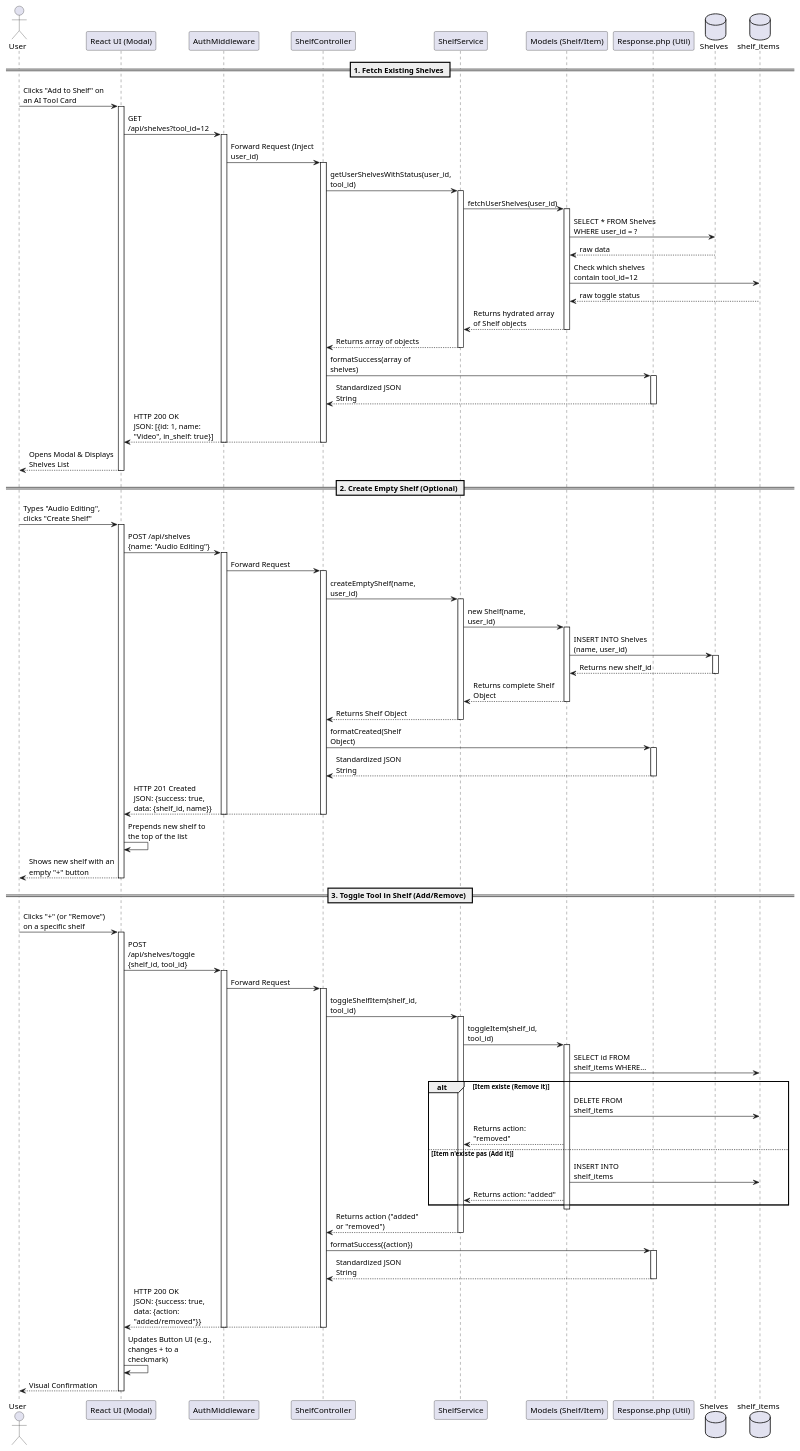
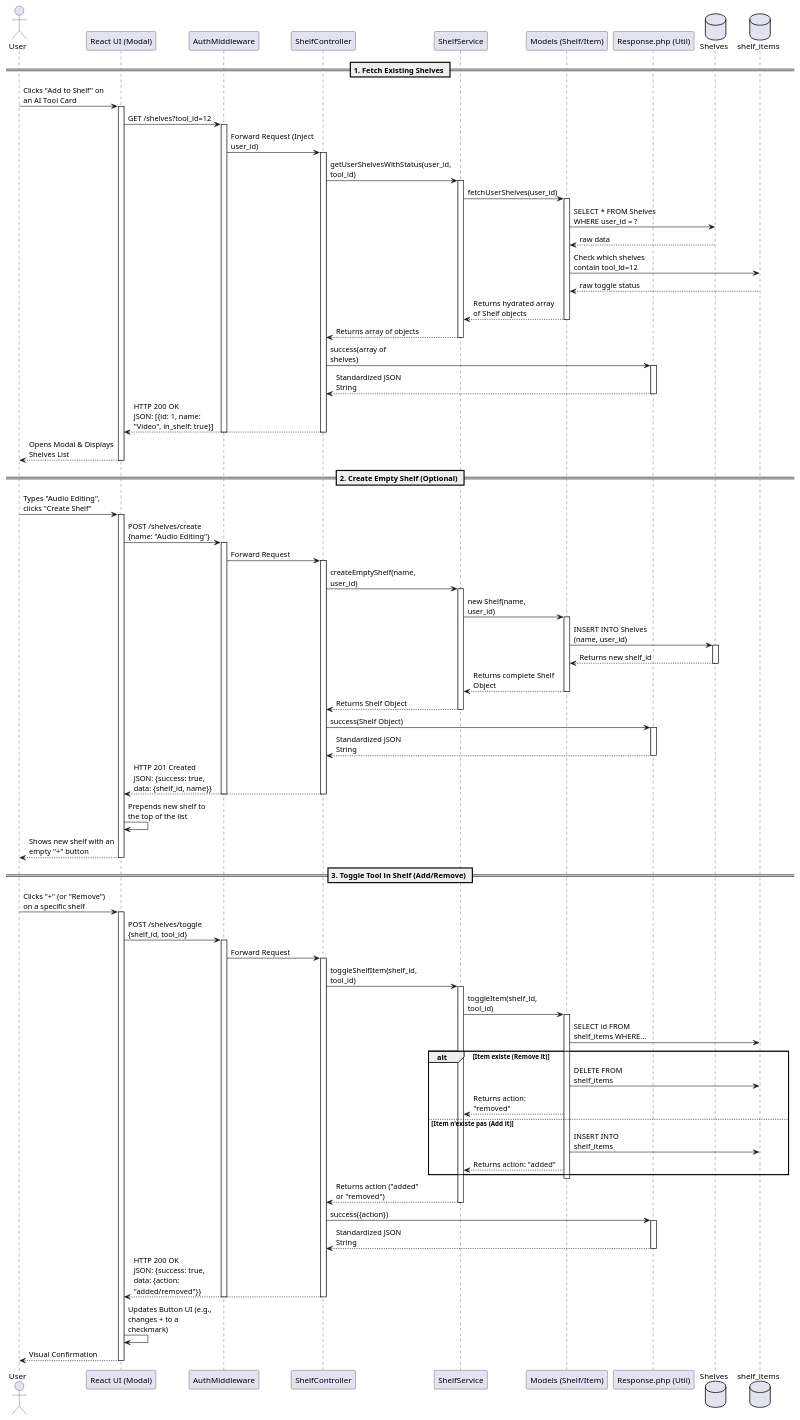
The diagram in docs/sequence/shelves.wsd (dss47/Penguins), drawn with PlantUML before and after one commit. The commit also changed 11 other files, not shown here.

Commit message:
sequence edit

```diff
--- a/docs/sequence/shelves.wsd
+++ b/docs/sequence/shelves.wsd
@@ -1,145 +1,145 @@
 @startuml quick_manage_modal
 skinparam maxMessageSize 150
 
 
 actor "User" as user
 participant "React UI (Modal)" as react
 participant "AuthMiddleware" as auth
 participant "ShelfController" as controller
 participant "ShelfService" as service
 
 
 participant "Models (Shelf/Item)" as model
 participant "Response.php (Util)" as res
 
 database "Shelves" as shelves
 database "shelf_items" as shelf_items
 
 
 == 1. Fetch Existing Shelves ==
 
 user -> react : Clicks "Add to Shelf" on an AI Tool Card
 activate react
-  react -> auth : GET /api/shelves?tool_id=12
+  react -> auth : GET /shelves?tool_id=12
   activate auth
     auth -> controller : Forward Request (Inject user_id)
     activate controller
       
       controller -> service : getUserShelvesWithStatus(user_id, tool_id)
       activate service
       
 
         service -> model : fetchUserShelves(user_id)
         activate model
           model -> shelves : SELECT * FROM Shelves WHERE user_id = ?
           shelves --> model : raw data
           
           model -> shelf_items : Check which shelves contain tool_id=12
           shelf_items --> model : raw toggle status
           
           model --> service : Returns hydrated array of Shelf objects
         deactivate model
         
         service --> controller : Returns array of objects
       deactivate service
       
 
-      controller -> res : formatSuccess(array of shelves)
+      controller -> res : success(array of shelves)
       activate res
         res --> controller : Standardized JSON String
       deactivate res
       
       controller --> react : HTTP 200 OK\nJSON: [{id: 1, name: "Video", in_shelf: true}]
     deactivate controller
   deactivate auth
   
   react --> user : Opens Modal & Displays Shelves List
 deactivate react
 
 
 == 2. Create Empty Shelf (Optional) ==
 
 user -> react : Types "Audio Editing", clicks "Create Shelf"
 activate react
   
-  react -> auth : POST /api/shelves\n{name: "Audio Editing"}
+  react -> auth : POST /shelves/create\n{name: "Audio Editing"}
   activate auth
     auth -> controller : Forward Request
     activate controller
       
       controller -> service : createEmptyShelf(name, user_id)
       activate service
       
 
         service -> model : new Shelf(name, user_id)
         activate model
           model -> shelves : INSERT INTO Shelves (name, user_id)
           activate shelves
             shelves --> model : Returns new shelf_id
           deactivate shelves
           model --> service : Returns complete Shelf Object
         deactivate model
         
         service --> controller : Returns Shelf Object
       deactivate service
       
 
-      controller -> res : formatCreated(Shelf Object)
+      controller -> res : success(Shelf Object)
       activate res
         res --> controller : Standardized JSON String
       deactivate res
       
       controller --> react : HTTP 201 Created\nJSON: {success: true, data: {shelf_id, name}}
     deactivate controller
   deactivate auth
   
   react -> react : Prepends new shelf to the top of the list
   react --> user : Shows new shelf with an empty "+" button
 deactivate react
 
 
 == 3. Toggle Tool in Shelf (Add/Remove) ==
 
 user -> react : Clicks "+" (or "Remove") on a specific shelf
 activate react
   
-  react -> auth : POST /api/shelves/toggle\n{shelf_id, tool_id}
+  react -> auth : POST /shelves/toggle\n{shelf_id, tool_id}
   activate auth
     auth -> controller : Forward Request
     activate controller
       
       controller -> service : toggleShelfItem(shelf_id, tool_id)
       activate service
         
 
         service -> model : toggleItem(shelf_id, tool_id)
         activate model
           model -> shelf_items : SELECT id FROM shelf_items WHERE...
           
           alt Item existe (Remove it)
               model -> shelf_items : DELETE FROM shelf_items
               model --> service : Returns action: "removed"
           else Item n'existe pas (Add it)
               model -> shelf_items : INSERT INTO shelf_items
               model --> service : Returns action: "added"
           end
         deactivate model
         
         service --> controller : Returns action ("added" or "removed")
       deactivate service
       
 
-      controller -> res : formatSuccess({action})
+      controller -> res : success({action})
       activate res
         res --> controller : Standardized JSON String
       deactivate res
       
       controller --> react : HTTP 200 OK\nJSON: {success: true, data: {action: "added/removed"}}
     deactivate controller
   deactivate auth
   
   react -> react : Updates Button UI (e.g., changes + to a checkmark)
   react --> user : Visual Confirmation
 deactivate react
 
 @enduml
```
